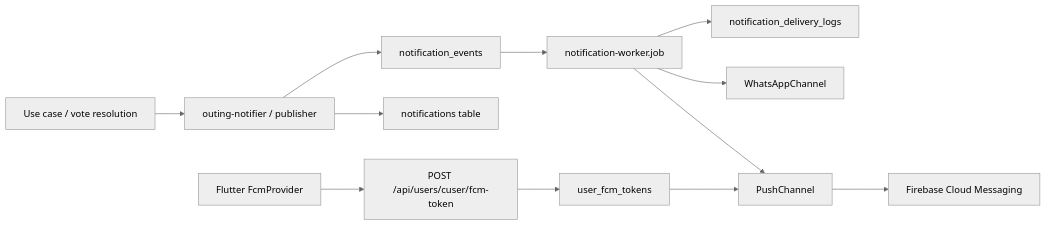
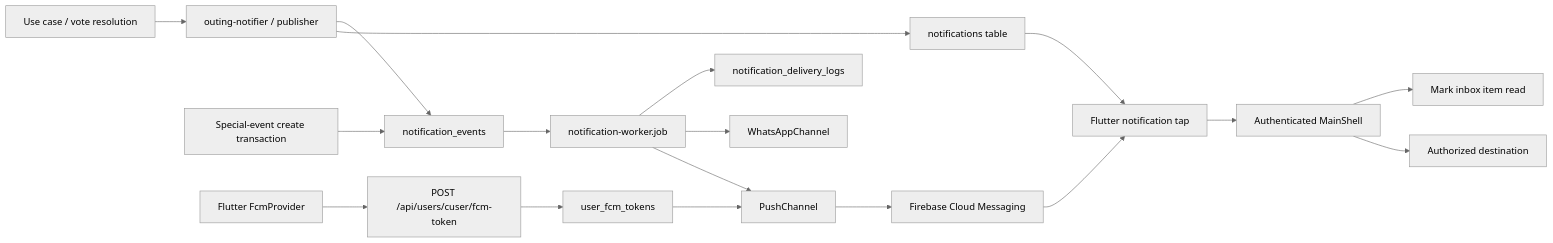
Before and after one commit to MohamedMSalah/yalla5roga: the diagram in docs/NOTIFICATIONS.md, drawn with Mermaid (neutral theme). The commit also changed other lines of this file and 349 other files, not shown here.

````diff
--- a/docs/NOTIFICATIONS.md
+++ b/docs/NOTIFICATIONS.md
@@ -12,14 +14,20 @@
 ```mermaid
 flowchart LR
   Trigger[Use case / vote resolution] --> Fanout[outing-notifier / publisher]
   Fanout --> Inbox[notifications table]
   Fanout --> Outbox[notification_events]
+  Special[Special-event create transaction] --> Outbox
   Outbox --> Worker[notification-worker.job]
   Worker --> Push[PushChannel]
   Worker --> WA[WhatsAppChannel]
   Worker --> Logs[notification_delivery_logs]
   Push --> FCM[Firebase Cloud Messaging]
+  FCM --> Tap[Flutter notification tap]
+  Inbox --> Tap
+  Tap --> Shell[Authenticated MainShell]
+  Shell --> Target[Authorized destination]
+  Shell --> Read[Mark inbox item read]
   FlutterReg[Flutter FcmProvider] --> TokenAPI[POST /api/users/cuser/fcm-token]
   TokenAPI --> Tokens[user_fcm_tokens]
   Tokens --> Push
 ```
````
